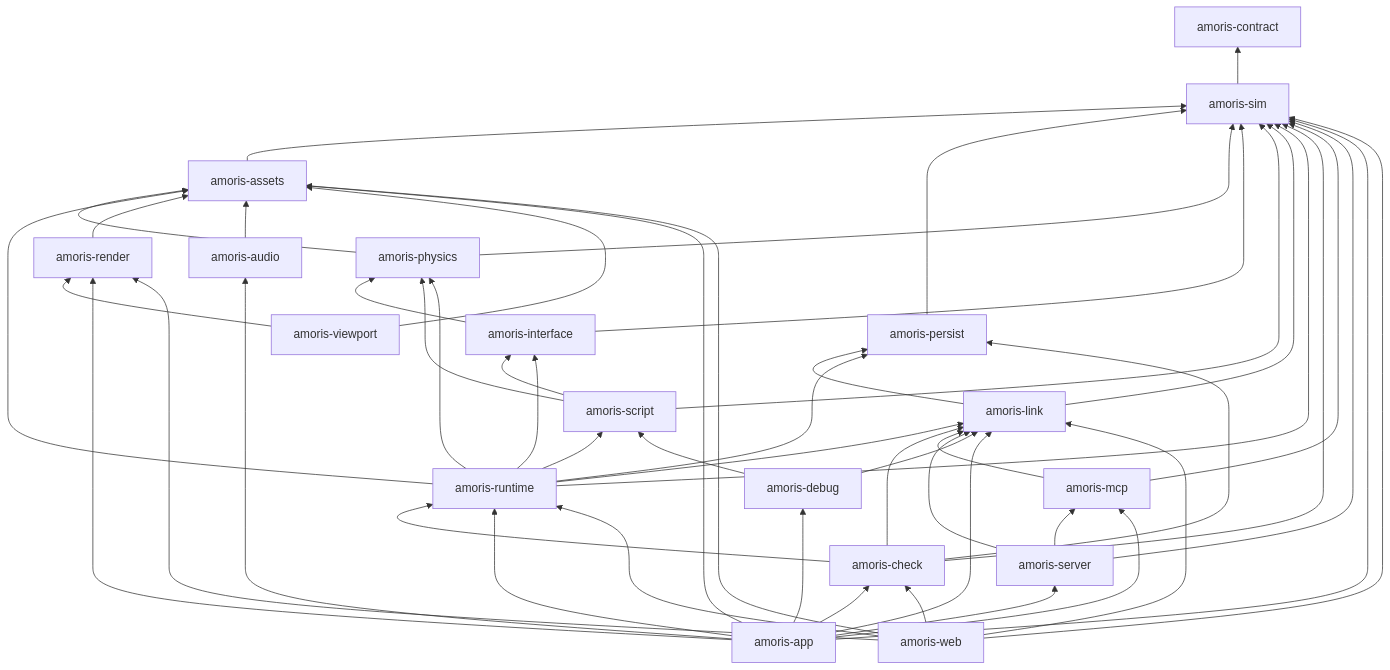
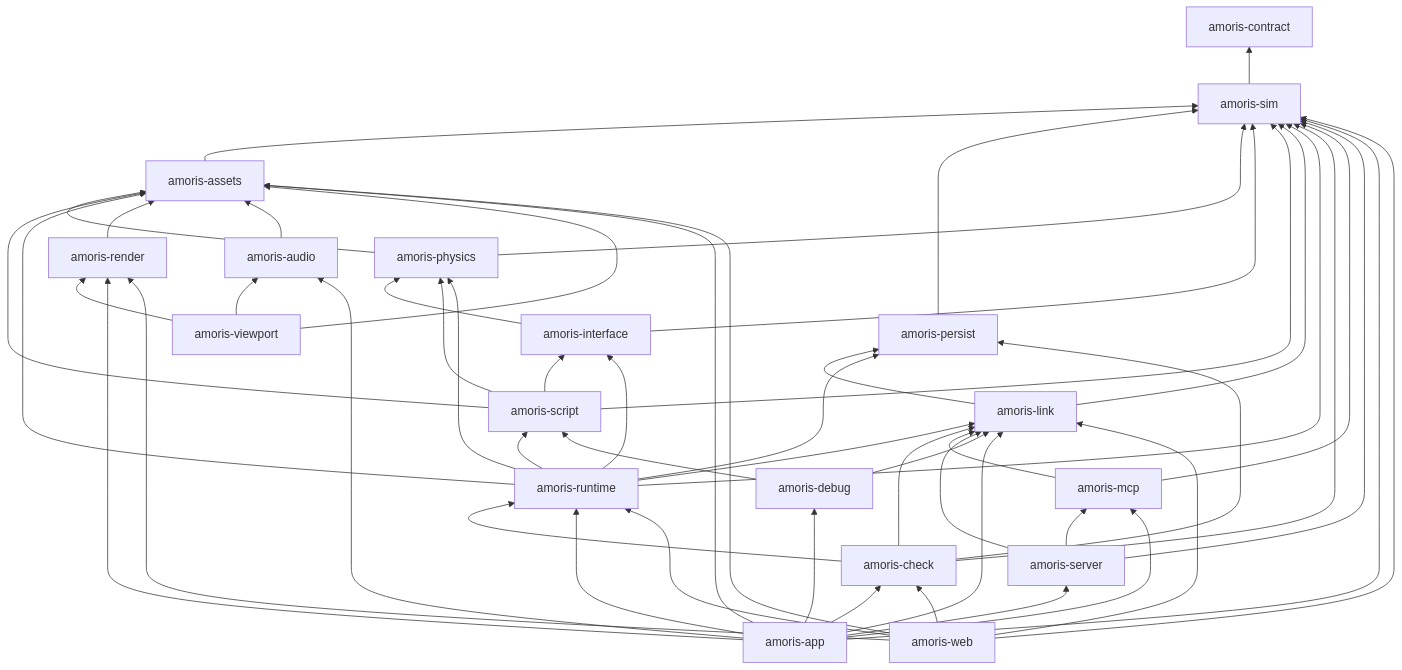
One commit to qiulinfan/amoris changed the diagram in docs/spec/architecture.md. Above: the diagram before and after it, drawn with Mermaid. The commit also changed other lines of this file and 88 other files, not shown here.

````diff
--- a/docs/spec/architecture.md
+++ b/docs/spec/architecture.md
@@ -579,27 +583,28 @@
 ```mermaid
 flowchart BT
     contract[amoris-contract]
     sim[amoris-sim] --> contract
     assets[amoris-assets] --> sim
     persist[amoris-persist] --> sim
     physics[amoris-physics] --> sim
     physics --> assets
     interface[amoris-interface] --> sim
     interface --> physics
     script[amoris-script] --> sim
+    script --> assets
     script --> physics
     script --> interface
     link[amoris-link] --> sim
     link --> persist
     runtime[amoris-runtime] --> sim & assets & persist & physics & interface & script & link
     check[amoris-check] --> sim & persist & runtime & link
     render[amoris-render] --> assets
     audio[amoris-audio] --> assets
-    viewport[amoris-viewport] --> assets & render
+    viewport[amoris-viewport] --> assets & render & audio
     mcp[amoris-mcp] --> sim & link
     server[amoris-server] --> sim & link & mcp
     debug[amoris-debug] --> script & link
     app[amoris-app] --> runtime & check & render & audio & assets & link & sim
     app --> mcp & server & debug
     web[amoris-web] --> runtime & check & render & assets & link & sim
 ```
````
